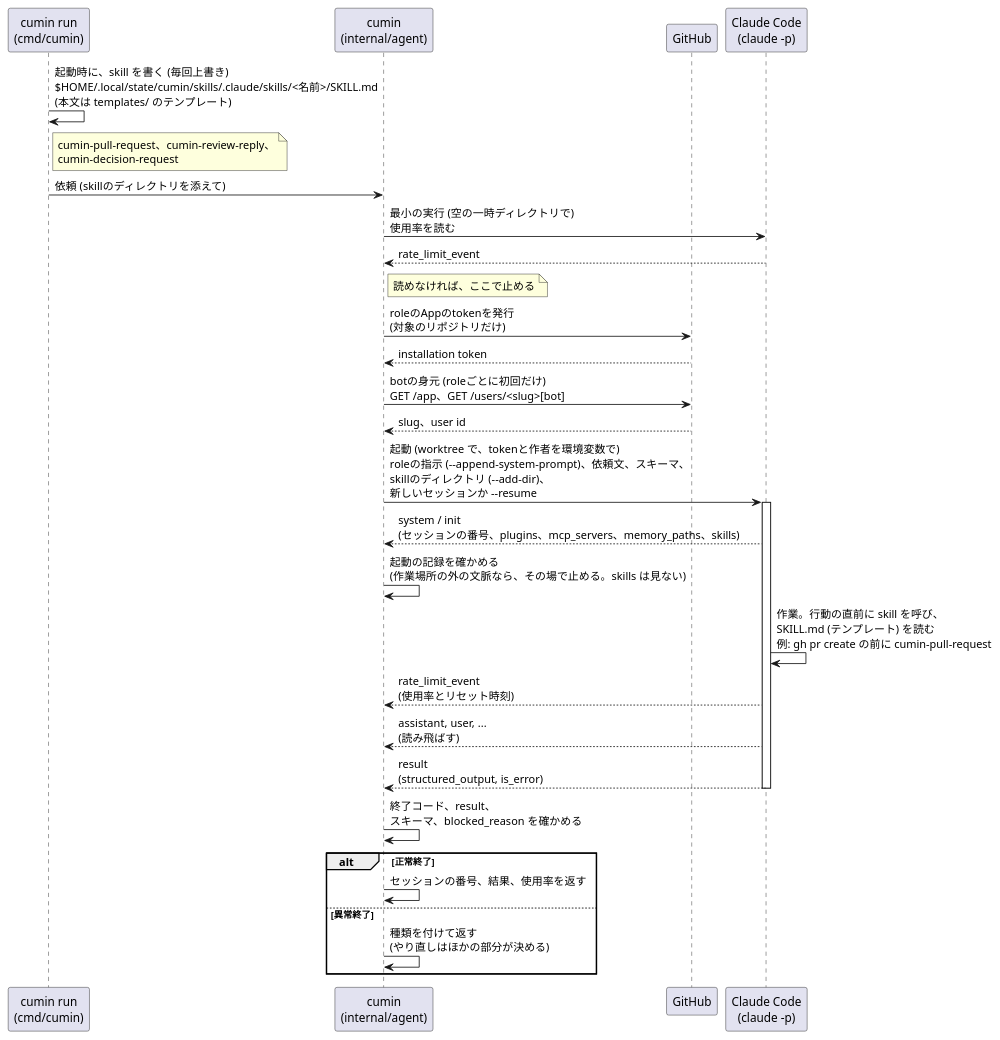
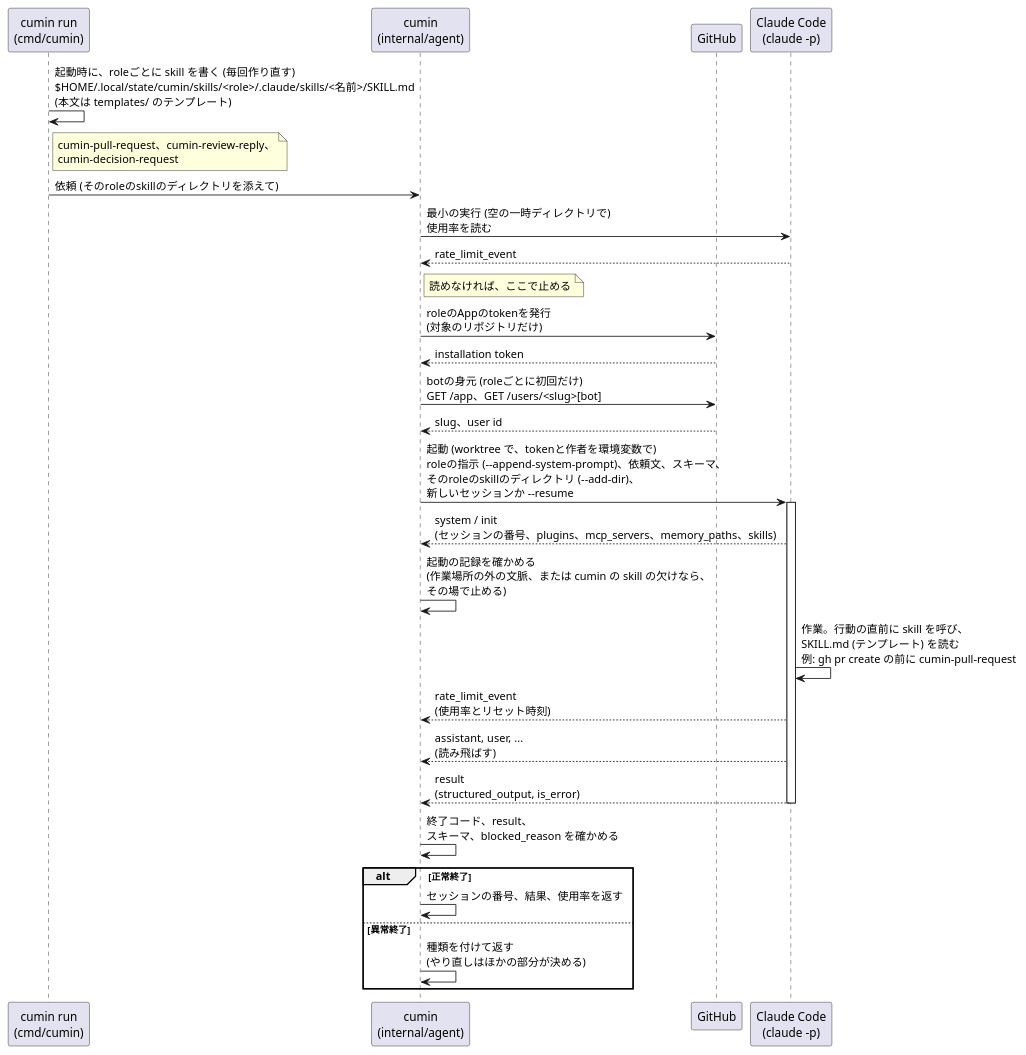
The diagram in docs/ja/designs/agent-run.puml (cloveclovedev/cumin-works), drawn with PlantUML before and after one commit. The commit also changed 2 other files, not shown here.

Commit message:
fix(agent): copy the roles of a skill, and update the sequence diagram
Two findings of the review.

Skills and SkillsOf copied the Skill struct but left its Roles slice
aliased to the package list, so a caller could change which directory
WriteSkills fills and which names the start record must list. Both copy
the roles now.

docs/ja/designs/agent-run.puml still said that the check of the start
record does not look at skills, and showed one shared directory. It now
matches the prose of the design note.

Claude-Session: https://claude.ai/code/session_01Gy1X38TSG9ygWWe5D6vTSC

```diff
--- a/docs/ja/designs/agent-run.puml
+++ b/docs/ja/designs/agent-run.puml
@@ -1,38 +1,38 @@
 @startuml agent-run
 skinparam shadowing false
 skinparam defaultFontName sans-serif
 
 participant "cumin run\n(cmd/cumin)" as run
 participant "cumin\n(internal/agent)" as cumin
 participant "GitHub" as github
 participant "Claude Code\n(claude -p)" as claude
 
-run -> run : 起動時に、skill を書く (毎回上書き)\n$HOME/.local/state/cumin/skills/.claude/skills/<名前>/SKILL.md\n(本文は templates/ のテンプレート)
+run -> run : 起動時に、roleごとに skill を書く (毎回作り直す)\n$HOME/.local/state/cumin/skills/<role>/.claude/skills/<名前>/SKILL.md\n(本文は templates/ のテンプレート)
 note right of run : cumin-pull-request、cumin-review-reply、\ncumin-decision-request
-run -> cumin : 依頼 (skillのディレクトリを添えて)
+run -> cumin : 依頼 (そのroleのskillのディレクトリを添えて)
 
 cumin -> claude : 最小の実行 (空の一時ディレクトリで)\n使用率を読む
 claude --> cumin : rate_limit_event
 note right of cumin : 読めなければ、ここで止める
 
 cumin -> github : roleのAppのtokenを発行\n(対象のリポジトリだけ)
 github --> cumin : installation token
 cumin -> github : botの身元 (roleごとに初回だけ)\nGET /app、GET /users/<slug>[bot]
 github --> cumin : slug、user id
 
-cumin -> claude : 起動 (worktree で、tokenと作者を環境変数で)\nroleの指示 (--append-system-prompt)、依頼文、スキーマ、\nskillのディレクトリ (--add-dir)、\n新しいセッションか --resume
+cumin -> claude : 起動 (worktree で、tokenと作者を環境変数で)\nroleの指示 (--append-system-prompt)、依頼文、スキーマ、\nそのroleのskillのディレクトリ (--add-dir)、\n新しいセッションか --resume
 activate claude
 claude --> cumin : system / init\n(セッションの番号、plugins、mcp_servers、memory_paths、skills)
-cumin -> cumin : 起動の記録を確かめる\n(作業場所の外の文脈なら、その場で止める。skills は見ない)
+cumin -> cumin : 起動の記録を確かめる\n(作業場所の外の文脈、または cumin の skill の欠けなら、\nその場で止める)
 claude -> claude : 作業。行動の直前に skill を呼び、\nSKILL.md (テンプレート) を読む\n例: gh pr create の前に cumin-pull-request
 claude --> cumin : rate_limit_event\n(使用率とリセット時刻)
 claude --> cumin : assistant, user, ...\n(読み飛ばす)
 claude --> cumin : result\n(structured_output, is_error)
 deactivate claude
 cumin -> cumin : 終了コード、result、\nスキーマ、blocked_reason を確かめる
 alt 正常終了
   cumin -> cumin : セッションの番号、結果、使用率を返す
 else 異常終了
   cumin -> cumin : 種類を付けて返す\n(やり直しはほかの部分が決める)
 end
 @enduml
```
